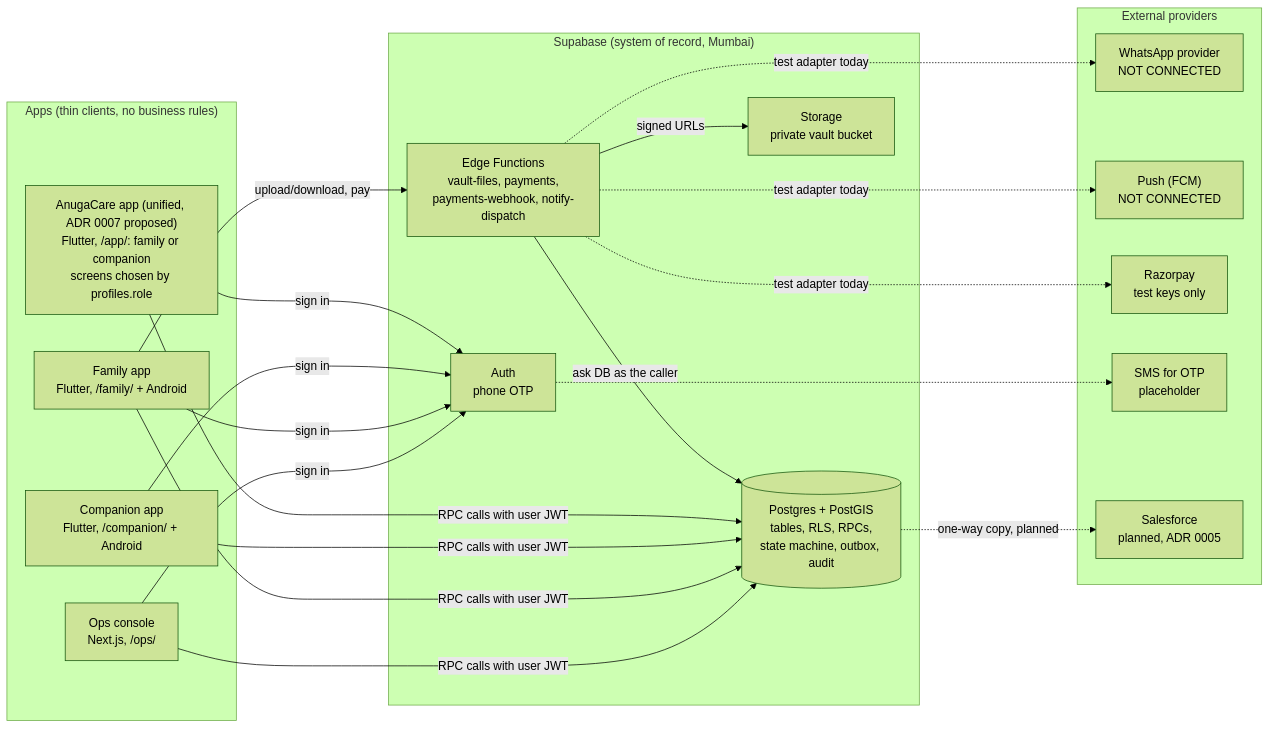
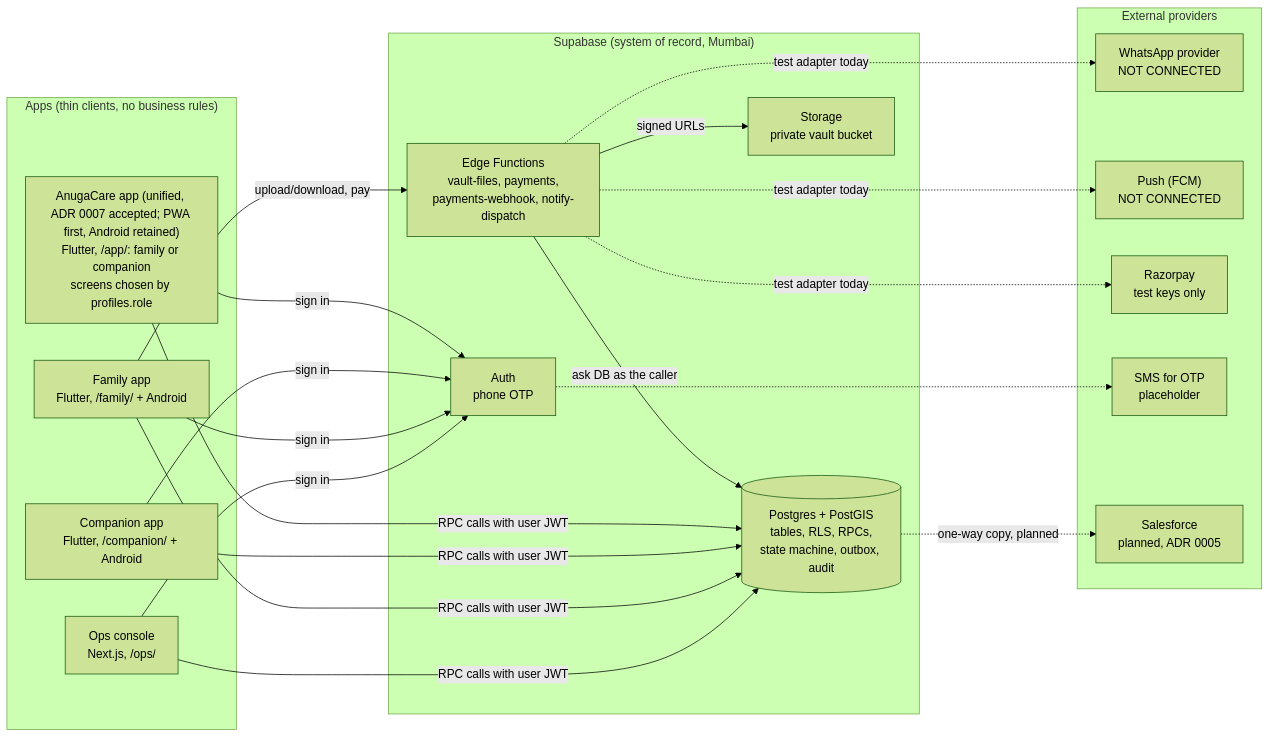
The first of 3 diagrams in docs/ARCHITECTURE.md (iamnawin/anuga), drawn with Mermaid (forest theme) before and after one commit. The commit also changed other lines of this file and 9 other files, not shown here.

Commit message:
docs: align project guides with PWA-first delivery

````diff
--- a/docs/ARCHITECTURE.md
+++ b/docs/ARCHITECTURE.md
@@ -8,30 +18,30 @@
 ```mermaid
 flowchart LR
   subgraph Apps["Apps (thin clients, no business rules)"]
     OPS["Ops console<br/>Next.js, /ops/"]
     FAM["Family app<br/>Flutter, /family/ + Android"]
     COM["Companion app<br/>Flutter, /companion/ + Android"]
-    UNI["AnugaCare app (unified, ADR 0007 proposed)<br/>Flutter, /app/: family or companion<br/>screens chosen by profiles.role"]
+    UNI["AnugaCare app (unified, ADR 0007 accepted; PWA first, Android retained)<br/>Flutter, /app/: family or companion<br/>screens chosen by profiles.role"]
   end
   subgraph SB["Supabase (system of record, Mumbai)"]
     AUTH["Auth<br/>phone OTP"]
     DB[("Postgres + PostGIS<br/>tables, RLS, RPCs,<br/>state machine, outbox, audit")]
     ST["Storage<br/>private vault bucket"]
     EF["Edge Functions<br/>vault-files, payments,<br/>payments-webhook, notify-dispatch"]
   end
   subgraph EXT["External providers"]
     WA["WhatsApp provider<br/>NOT CONNECTED"]
     FCM["Push (FCM)<br/>NOT CONNECTED"]
     RZP["Razorpay<br/>test keys only"]
     SMS["SMS for OTP<br/>placeholder"]
     SF["Salesforce<br/>planned, ADR 0005"]
   end
   OPS & FAM & COM & UNI -->|sign in| AUTH
   OPS & FAM & COM & UNI -->|RPC calls with user JWT| DB
   FAM -->|upload/download, pay| EF
   EF -->|ask DB as the caller| DB
   EF -->|signed URLs| ST
   EF -.->|test adapter today| WA & FCM & RZP
   AUTH -.-> SMS
   DB -.->|one-way copy, planned| SF
 ```
````
